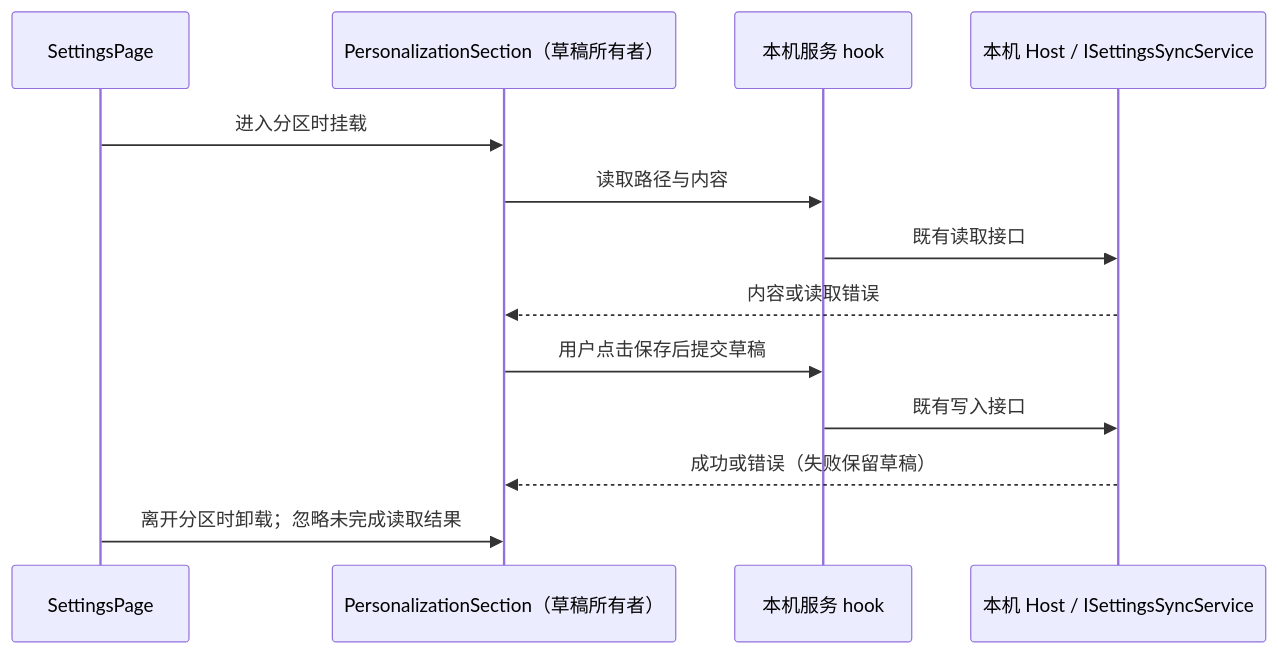
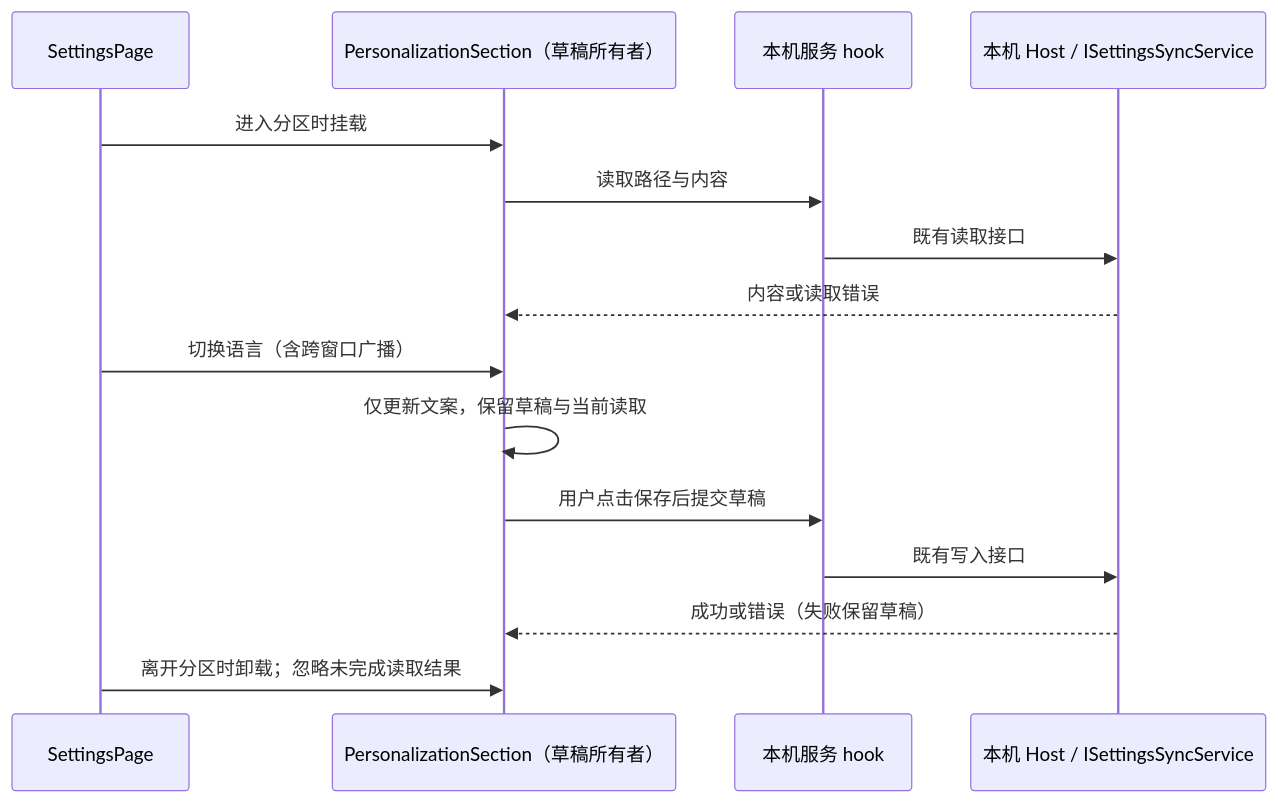
The second of 2 diagrams in ncode-feature.md (mewcoder/NCode), drawn with Mermaid before and after one commit. The commit also changed other lines of this file and 19 other files, not shown here.

````diff
--- a/ncode-feature.md
+++ b/ncode-feature.md
@@ -186,15 +188,17 @@
 ```mermaid
 sequenceDiagram
   participant Page as SettingsPage
   participant Editor as PersonalizationSection（草稿所有者）
   participant Hook as 本机服务 hook
   participant Host as 本机 Host / ISettingsSyncService
   Page->>Editor: 进入分区时挂载
   Editor->>Hook: 读取路径与内容
   Hook->>Host: 既有读取接口
   Host-->>Editor: 内容或读取错误
+  Page->>Editor: 切换语言（含跨窗口广播）
+  Editor->>Editor: 仅更新文案，保留草稿与当前读取
   Editor->>Hook: 用户点击保存后提交草稿
   Hook->>Host: 既有写入接口
   Host-->>Editor: 成功或错误（失败保留草稿）
   Page->>Editor: 离开分区时卸载；忽略未完成读取结果
 ```
````
